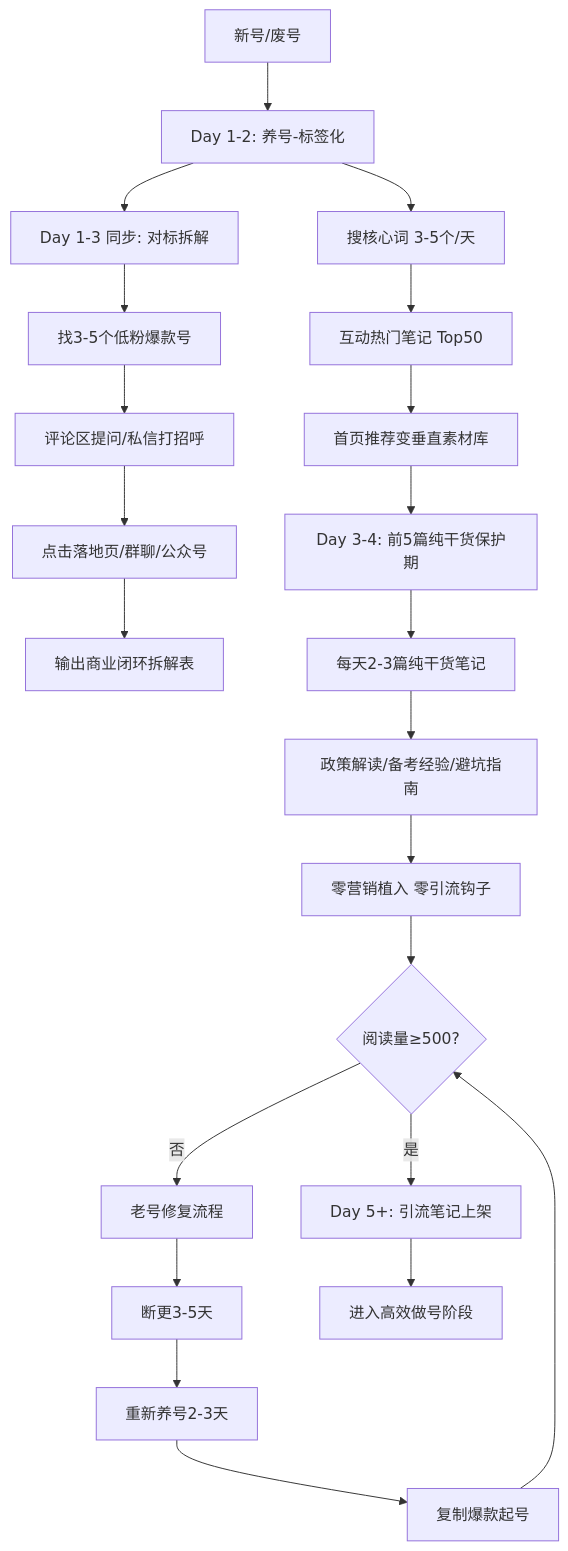
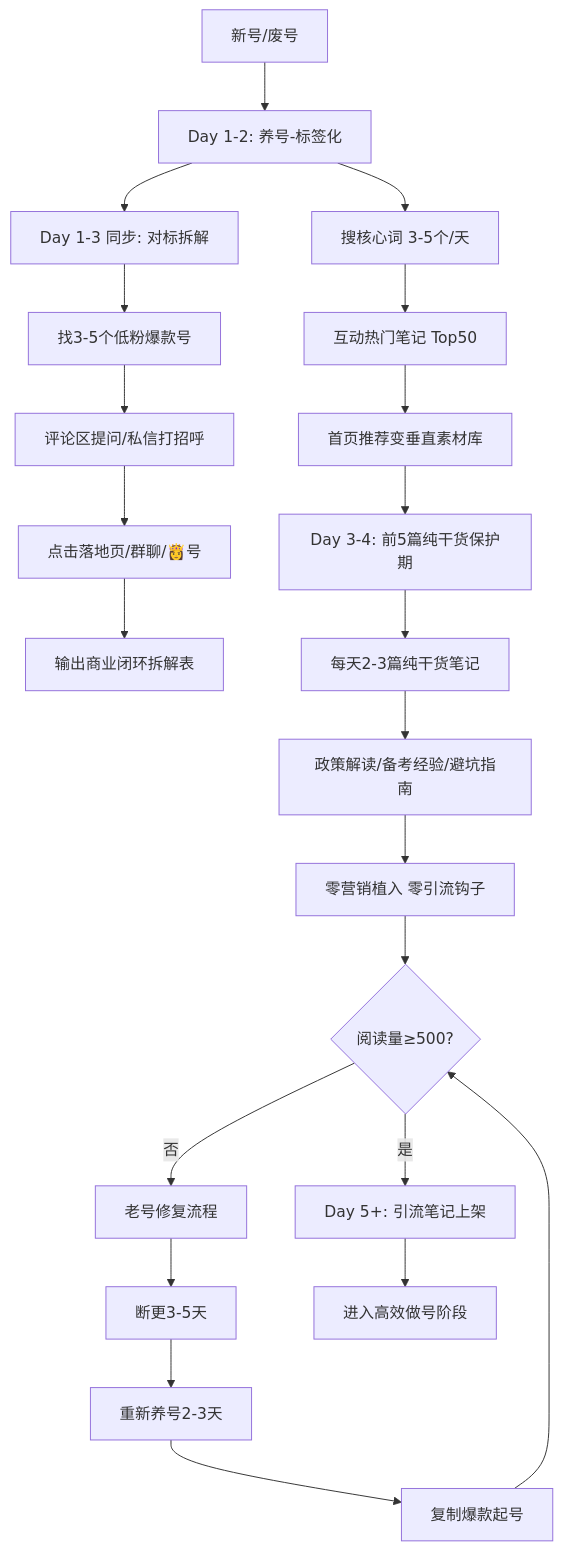
One commit to OpenDocCN1/flygon-zhuanqian-zhoubao changed the fourth of 8 diagrams in docs/202305_paper2textbook/asset/body_fix_6d90baa8cecc4a5b6549071765b7a77d_0ff58655618bf5e28f659ece3771b3ac_fe456fe87b2e517e8460cc7bff6f92a0_d772b64b5e0e21aca4108824e47a11bc.md. Above: the diagram before and after it, drawn with Mermaid. The commit also changed other lines of this file and 6688 other files, not shown here.

````diff
--- a/docs/202305_paper2textbook/asset/body_fix_6d90baa8cecc4a5b6549071765b7a77d_0ff58655618bf5e28f659ece3771b3ac_fe456fe87b2e517e8460cc7bff6f92a0_d772b64b5e0e21aca4108824e47a11bc.md
+++ b/docs/202305_paper2textbook/asset/body_fix_6d90baa8cecc4a5b6549071765b7a77d_0ff58655618bf5e28f659ece3771b3ac_fe456fe87b2e517e8460cc7bff6f92a0_d772b64b5e0e21aca4108824e47a11bc.md
@@ -276,29 +276,29 @@
 ```mermaid
 flowchart TD
     Start[新号/废号] --> Day1[Day 1-2: 养号-标签化]
     Day1 --> Act1[搜核心词 3-5个/天]
     Act1 --> Act2[互动热门笔记 Top50]
     Act2 --> Act3[首页推荐变垂直素材库]
     
     Day1 --> Day3[Day 1-3 同步: 对标拆解]
     Day3 --> Exp1[找3-5个低粉爆款号]
     Exp1 --> Exp2[评论区提问/私信打招呼]
-    Exp2 --> Exp3[点击落地页/群聊/公众号]
+    Exp2 --> Exp3[点击落地页/群聊/👸号]
     Exp3 --> Exp4[输出商业闭环拆解表]
     
     Act3 --> Day4[Day 3-4: 前5篇纯干货保护期]
     Day4 --> Pub1[每天2-3篇纯干货笔记]
     Pub1 --> Pub2[政策解读/备考经验/避坑指南]
     Pub2 --> Pub3[零营销植入 零引流钩子]
     
     Pub3 --> Check{阅读量≥500?}
     Check -- 是 --> Day6[Day 5+: 引流笔记上架]
     Check -- 否 --> Fix[老号修复流程]
     
     Fix --> Fix1[断更3-5天]
     Fix1 --> Fix2[重新养号2-3天]
     Fix2 --> Fix3[复制爆款起号]
     Fix3 --> Check
     
     Day6 --> Scale[进入高效做号阶段]
 ```
````
